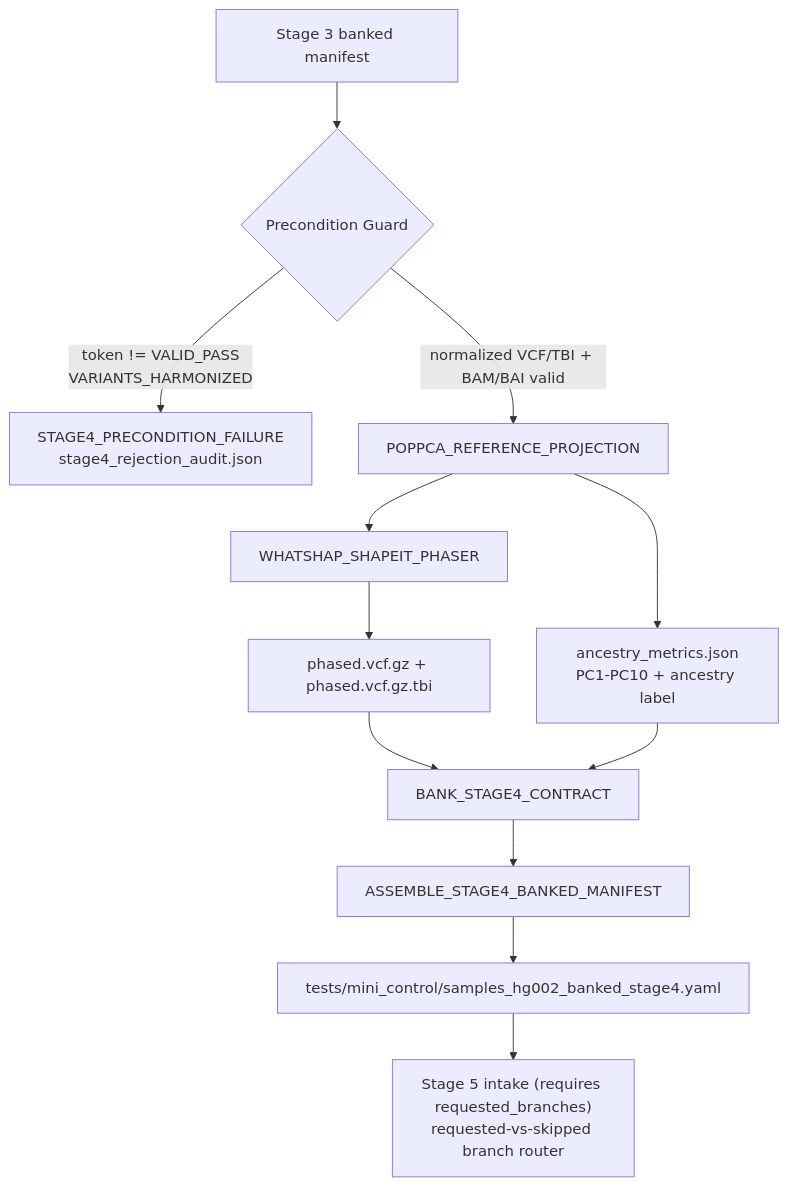
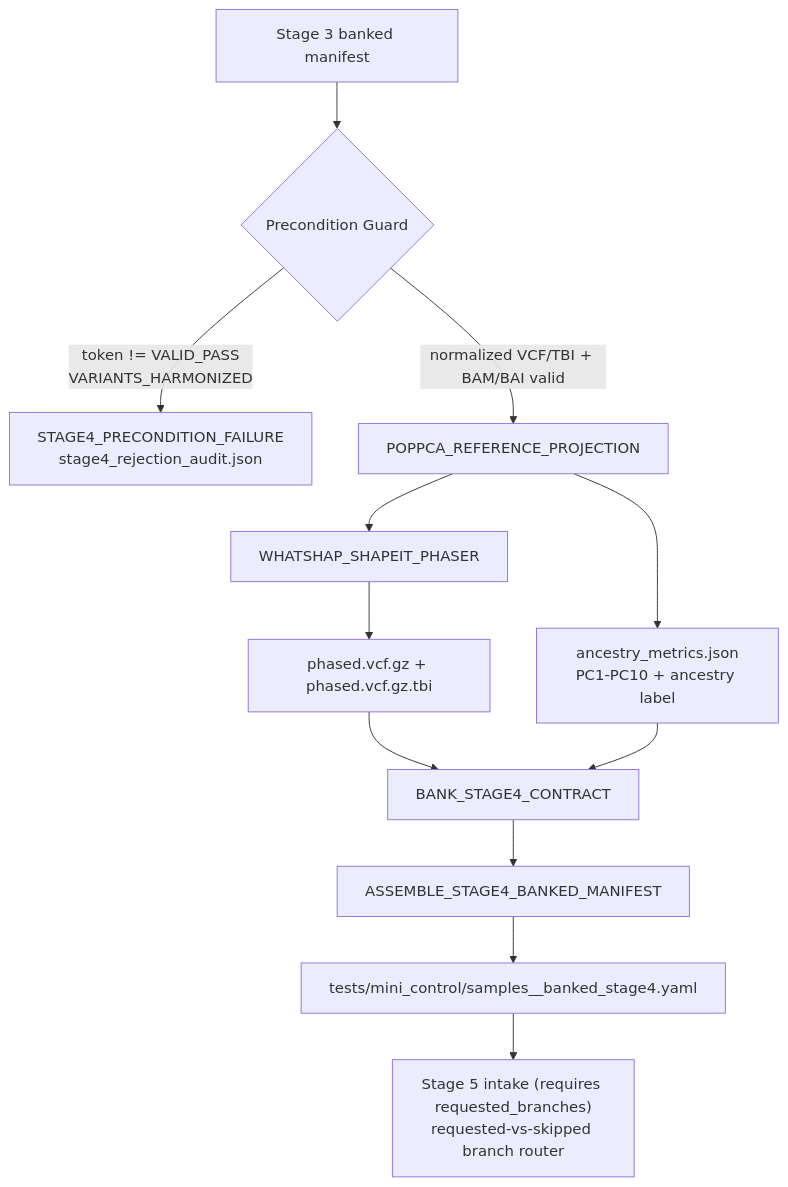
The diagram in Stage_4_Ancestry_Phasing_Highway/README.md (jmorganknight/nf_Gen_Var_Pipe), drawn with Mermaid before and after one commit. The commit also changed other lines of this file and 123 other files, not shown here.

````diff
--- a/Stage_4_Ancestry_Phasing_Highway/README.md
+++ b/Stage_4_Ancestry_Phasing_Highway/README.md
@@ -23,14 +23,14 @@
 ```mermaid
 flowchart TD
     A["Stage 3 banked manifest"] --> B{"Precondition Guard"}
     B -->|token != VALID_PASS\nVARIANTS_HARMONIZED| R["STAGE4_PRECONDITION_FAILURE\nstage4_rejection_audit.json"]
     B -->|normalized VCF/TBI + BAM/BAI valid| C["POPPCA_REFERENCE_PROJECTION"]
     C --> D["ancestry_metrics.json\nPC1-PC10 + ancestry label"]
     C --> E["WHATSHAP_SHAPEIT_PHASER"]
     E --> F["phased.vcf.gz + phased.vcf.gz.tbi"]
     F --> G["BANK_STAGE4_CONTRACT"]
     D --> G
     G --> H["ASSEMBLE_STAGE4_BANKED_MANIFEST"]
-    H --> I["tests/mini_control/samples_hg002_banked_stage4.yaml"]
+    H --> I["tests/mini_control/samples_<sample_id>_banked_stage4.yaml"]
     I --> J["Stage 5 intake (requires requested_branches)\nrequested-vs-skipped branch router"]
 ```
````
